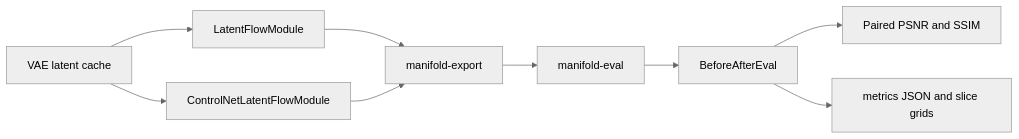
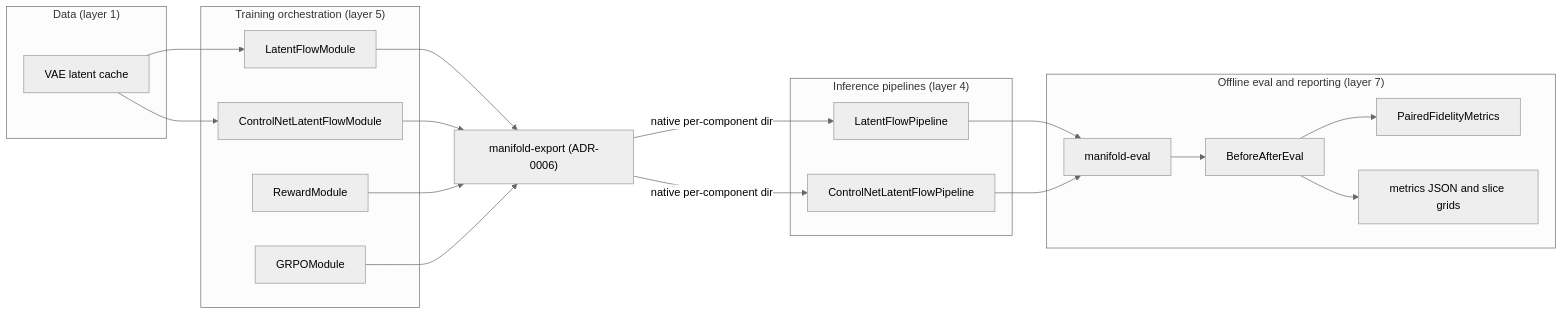
Before and after one commit to ACautomata/manifold: the diagram in openwiki/architecture.md, drawn with Mermaid (neutral theme). The commit also changed other lines of this file and 14 other files, not shown here.

````diff
--- a/openwiki/architecture.md
+++ b/openwiki/architecture.md
@@ -26,11 +89,35 @@
 ```mermaid
 flowchart LR
-    Cache["VAE latent cache"] --> JiT["LatentFlowModule"]
-    Cache --> ControlNet["ControlNetLatentFlowModule"]
-    JiT --> Export["manifold-export"]
+    subgraph Data["Data (layer 1)"]
+        Cache["VAE latent cache"]
+    end
+    subgraph Training["Training orchestration (layer 5)"]
+        JiT["LatentFlowModule"]
+        ControlNet["ControlNetLatentFlowModule"]
+        Reward["RewardModule"]
+        GRPO["GRPOModule"]
+    end
+    subgraph Pipes["Inference pipelines (layer 4)"]
+        JitPipe["LatentFlowPipeline"]
+        CnPipe["ControlNetLatentFlowPipeline"]
+    end
+    subgraph Eval["Offline eval and reporting (layer 7)"]
+        EvalCmd["manifold-eval"]
+        Driver["BeforeAfterEval"]
+        Metric["PairedFidelityMetrics"]
+        Artifacts["metrics JSON and slice grids"]
+    end
+    Cache --> JiT
+    Cache --> ControlNet
+    JiT --> Export["manifold-export (ADR-0006)"]
     ControlNet --> Export
-    Export --> Eval["manifold-eval"]
-    Eval --> Core["BeforeAfterEval"]
-    Core --> Metric["Paired PSNR and SSIM"]
-    Core --> Artifacts["metrics JSON and slice grids"]
+    Reward --> Export
+    GRPO --> Export
+    Export -- native per-component dir --> JitPipe
+    Export -- native per-component dir --> CnPipe
+    JitPipe --> EvalCmd
+    CnPipe --> EvalCmd
+    EvalCmd --> Driver
+    Driver --> Metric
+    Driver --> Artifacts
 ```
````
